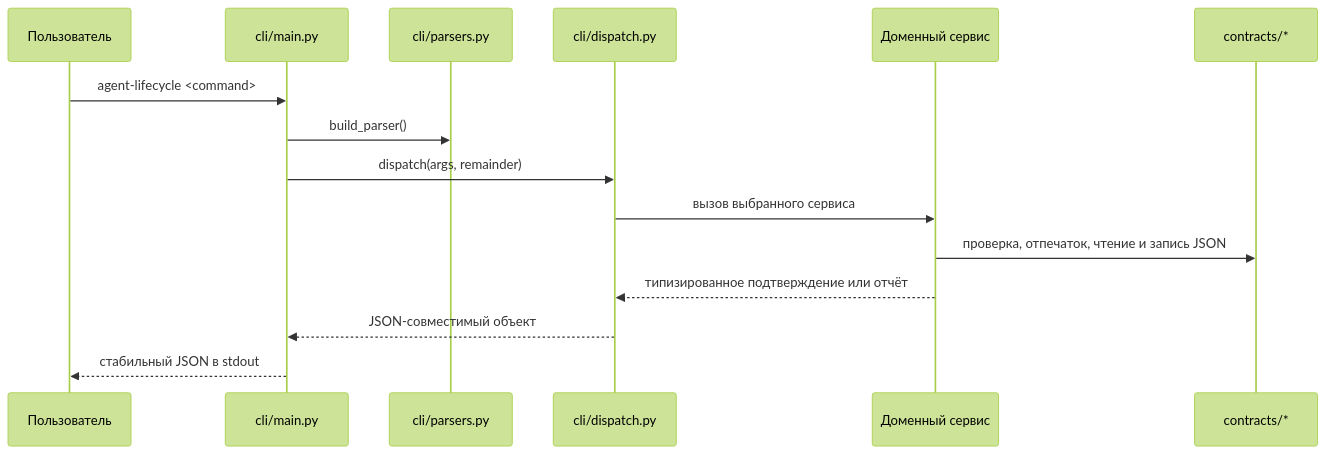
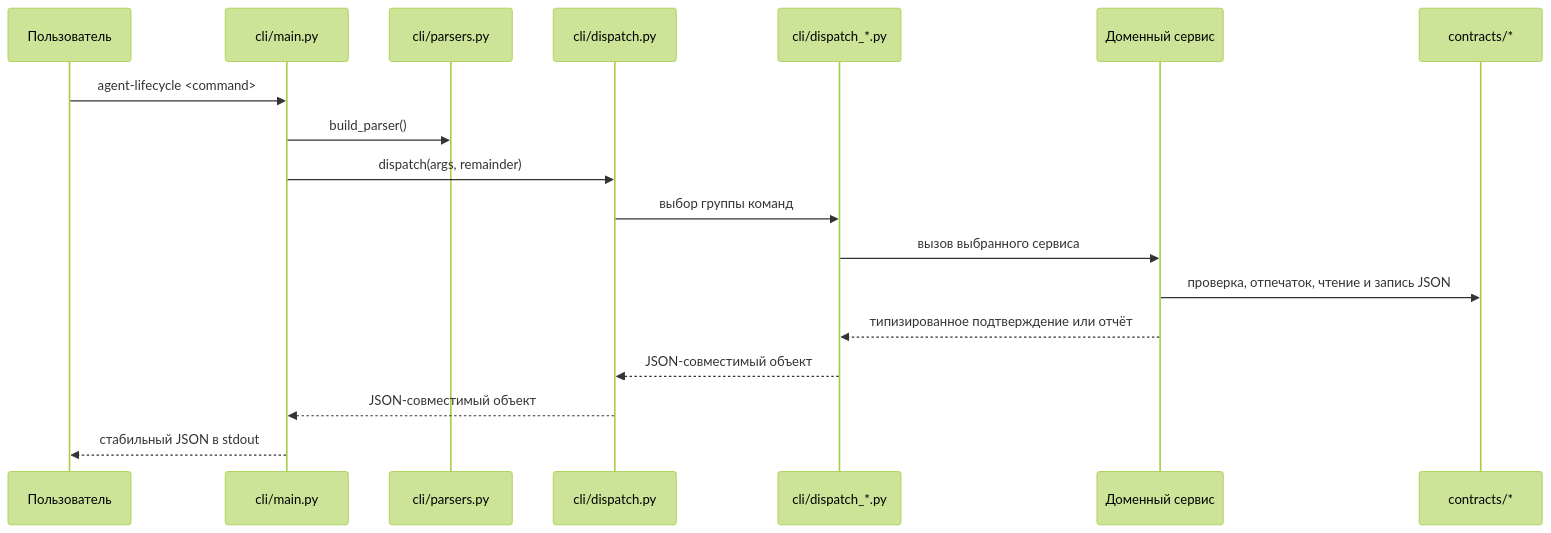
One commit to avksp/agent-lifecycle-kit changed the fifth of 12 diagrams in docs/ru/architecture/system-architecture.md. Above: the diagram before and after it, drawn with Mermaid (forest theme). The commit also changed other lines of this file and 123 other files, not shown here.

````diff
--- a/docs/ru/architecture/system-architecture.md
+++ b/docs/ru/architecture/system-architecture.md
@@ -232,18 +232,21 @@
 ```mermaid
 sequenceDiagram
   participant User as Пользователь
   participant Main as cli/main.py
   participant Parser as cli/parsers.py
   participant Dispatch as cli/dispatch.py
+  participant Handler as cli/dispatch_*.py
   participant Service as Доменный сервис
   participant Contracts as contracts/*
 
   User->>Main: agent-lifecycle <command>
   Main->>Parser: build_parser()
   Main->>Dispatch: dispatch(args, remainder)
-  Dispatch->>Service: вызов выбранного сервиса
+  Dispatch->>Handler: выбор группы команд
+  Handler->>Service: вызов выбранного сервиса
   Service->>Contracts: проверка, отпечаток, чтение и запись JSON
-  Service-->>Dispatch: типизированное подтверждение или отчёт
+  Service-->>Handler: типизированное подтверждение или отчёт
+  Handler-->>Dispatch: JSON-совместимый объект
   Dispatch-->>Main: JSON-совместимый объект
   Main-->>User: стабильный JSON в stdout
 ```
````
